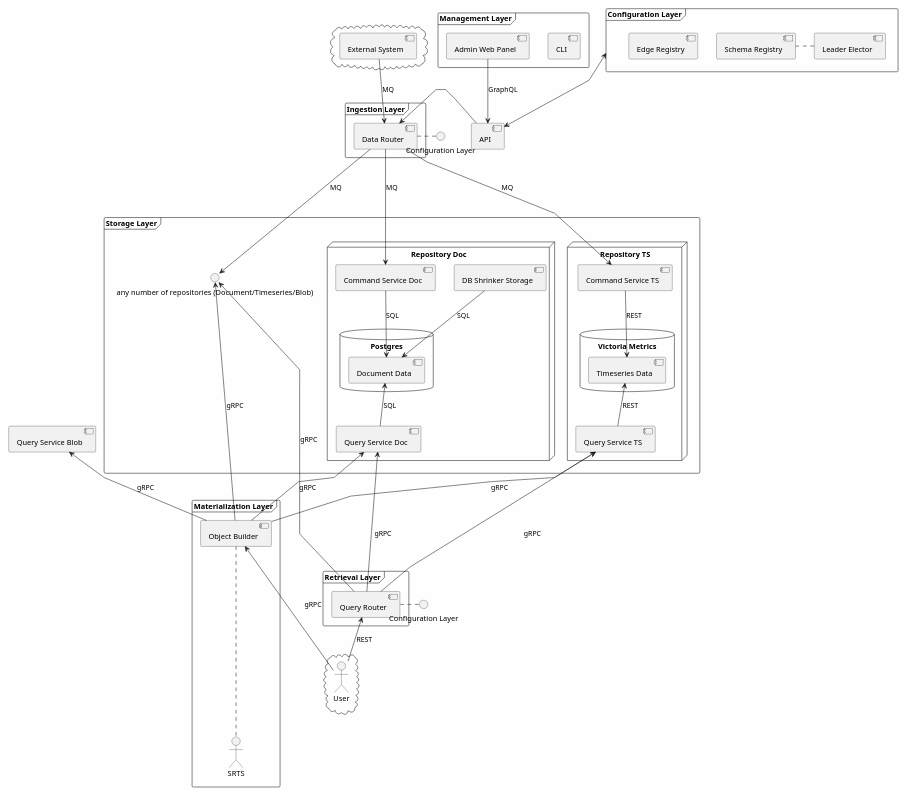
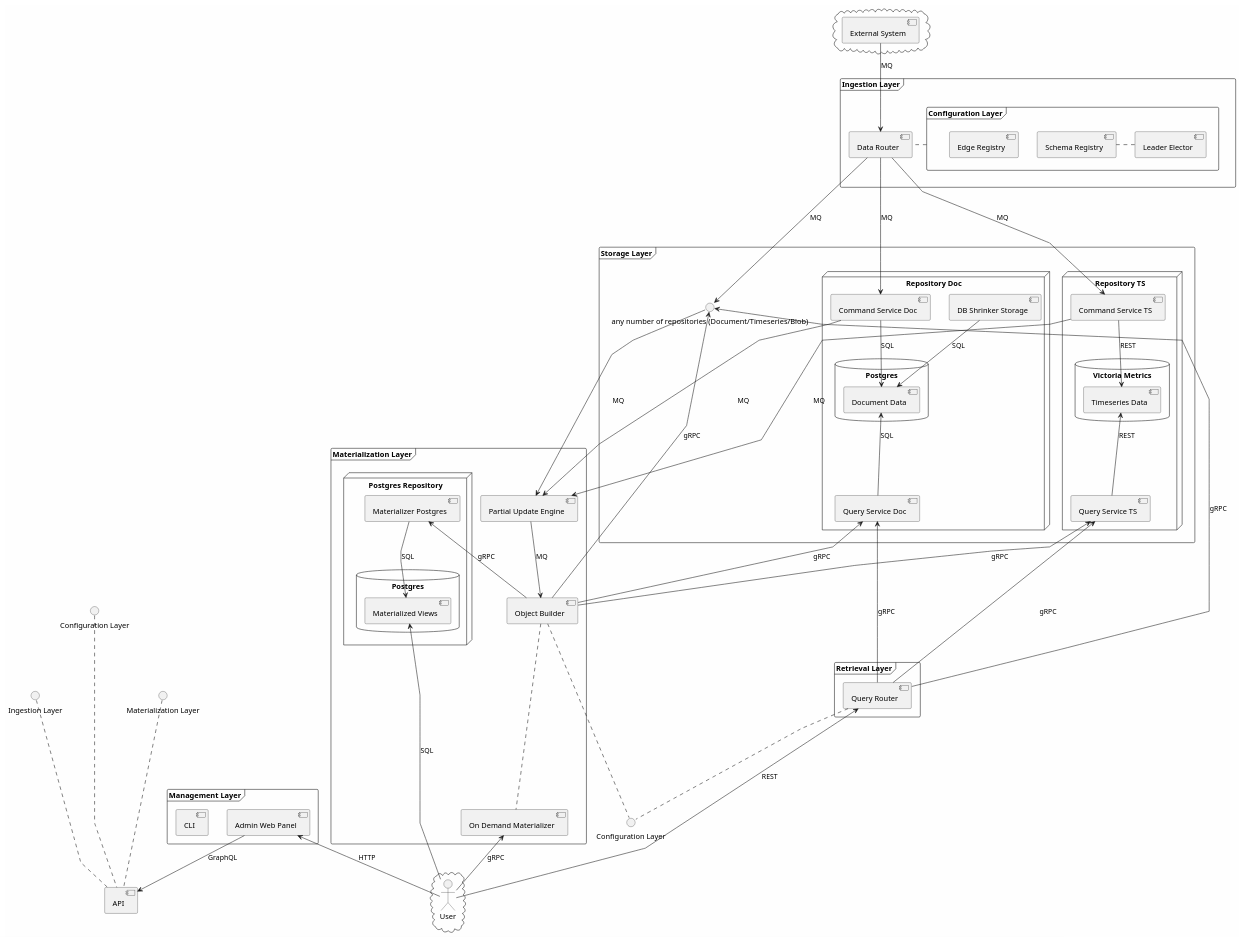
One commit to pyrkamarcin/CommonDataLayer changed the diagram in docs/architecture/graphs/cdl.puml. Above: the diagram before and after it, drawn with PlantUML. The commit also changed 9 other files, not shown here.

```diff
--- a/docs/architecture/graphs/cdl.puml
+++ b/docs/architecture/graphs/cdl.puml
@@ -1,89 +1,107 @@
 @startuml
 skinparam linetype polyline
 skinparam backgroundColor #FEFEFE
 skinparam transparent false
 
-interface "Configuration Layer" as ConfIn
 interface "Configuration Layer" as ConfOut
+interface "Configuration Layer" as ConfAPI
+interface "Ingestion Layer" as DRAPI
+interface "Materialization Layer" as MatAPI
 
 cloud {
   [External System]
 }
 
 frame "Management Layer" {
     [CLI]
     [Admin Web Panel]
 }
 
-[API] <-up-> [Configuration Layer]
 
 frame "Ingestion Layer" {
-  API -left--> [Data Router]
-  [Data Router] -left--. ConfIn
+  [Data Router] -left--. [Configuration Layer]
 }
 
 frame "Configuration Layer" {
   [Schema Registry]
   [Leader Elector] -left--. [Schema Registry]
   [Edge Registry]
 }
 
 frame "Storage Layer" {
     node "Repository Doc" {
       [Command Service Doc]
 
       database "Postgres" {
         [Document Data]
       }
 
       [DB Shrinker Storage]
 
       [Query Service Doc]
     }
 
     node "Repository TS" {
       [Command Service TS]
 
       database "Victoria Metrics" {
         [Timeseries Data]
       }
 
       [Query Service TS]
     }
 
 
     () "any number of repositories (Document/Timeseries/Blob)" as ANY
 }
 
 frame "Materialization Layer" {
-    [Object Builder] -down--. SRTS
+    [Partial Update Engine] -down-> [Object Builder]: MQ
+    [Object Builder] -down--. ConfOut
+    node "Postgres Repository" {
+        [Materializer Postgres]
+
+        database "Postgres" as Postgres2 {
+            [Materialized Views]
+        }
+    }
+    [On Demand Materializer] -up--. [Object Builder]
 }
 
 frame "Retrieval Layer" {
   [Query Router] -right-. ConfOut
 }
 
 cloud {
   actor User
 }
 
 [Admin Web Panel] -down-> [API] : GraphQL
 [External System] -down-> [Data Router] : MQ
 [Data Router] -down--> [Command Service Doc] : MQ
 [Data Router] -down-> [Command Service TS] : MQ
 [Data Router] -down-> ANY : MQ
 [Command Service Doc] -down-> [Document Data] : SQL
 [Command Service TS] -down-> [Timeseries Data] : REST
+[Command Service Doc] -down-> [Partial Update Engine]: MQ
+[Command Service TS] -down-> [Partial Update Engine]: MQ
+[Materializer Postgres] -down-> [Materialized Views] : SQL
+ANY -down-> [Partial Update Engine]: MQ
 [DB Shrinker Storage] -down-> [Document Data] : SQL
 [Query Service Doc] -up-> [Document Data] : SQL
 [Query Service TS] -up-> [Timeseries Data] : REST
 [Query Router] -up--> [Query Service Doc] : gRPC
 [Query Router] -up-> [Query Service TS] : gRPC
 [Query Router] -up-> ANY : gRPC
 [Object Builder] -up-> [Query Service Doc]: gRPC
 [Object Builder] -up-> [Query Service TS]: gRPC
-[Object Builder] -up-> [Query Service Blob]: gRPC
 [Object Builder] -up-> ANY : gRPC
+[Object Builder] -up-> [Materializer Postgres]: gRPC
+[API] -up--. MatAPI
+[API] --up--. ConfAPI
+[API] -up--. DRAPI
 User -up-> [Query Router] : REST
-User -up-> [Object Builder]: gRPC
+User -up-> [On Demand Materializer]: gRPC
+User -up-> [Admin Web Panel]: HTTP
+User -up-> [Materialized Views] : SQL
 @enduml
```
